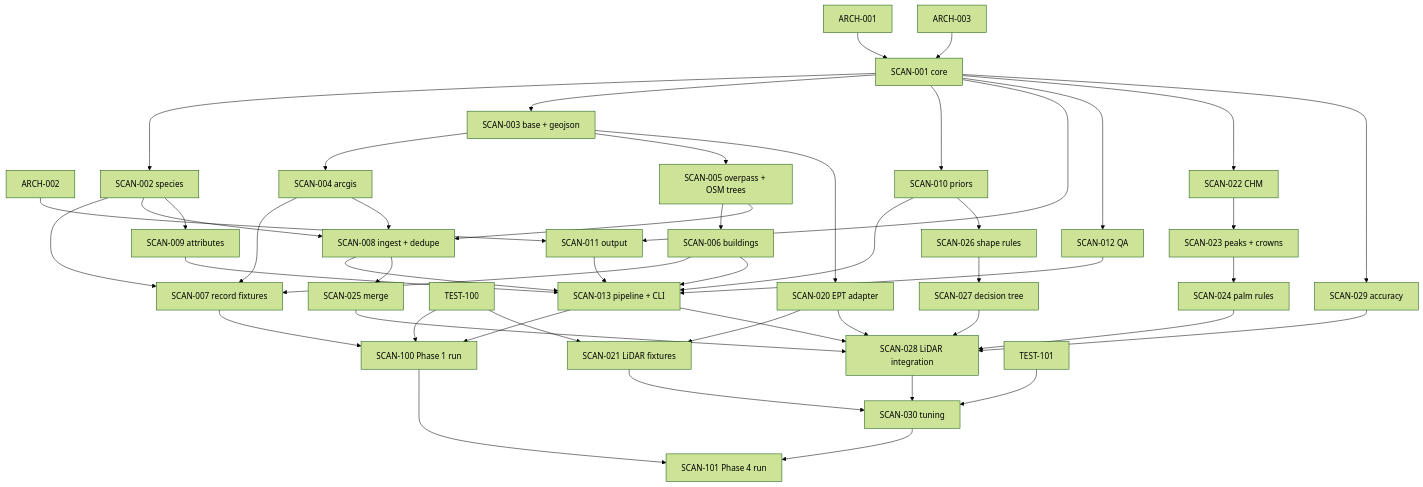
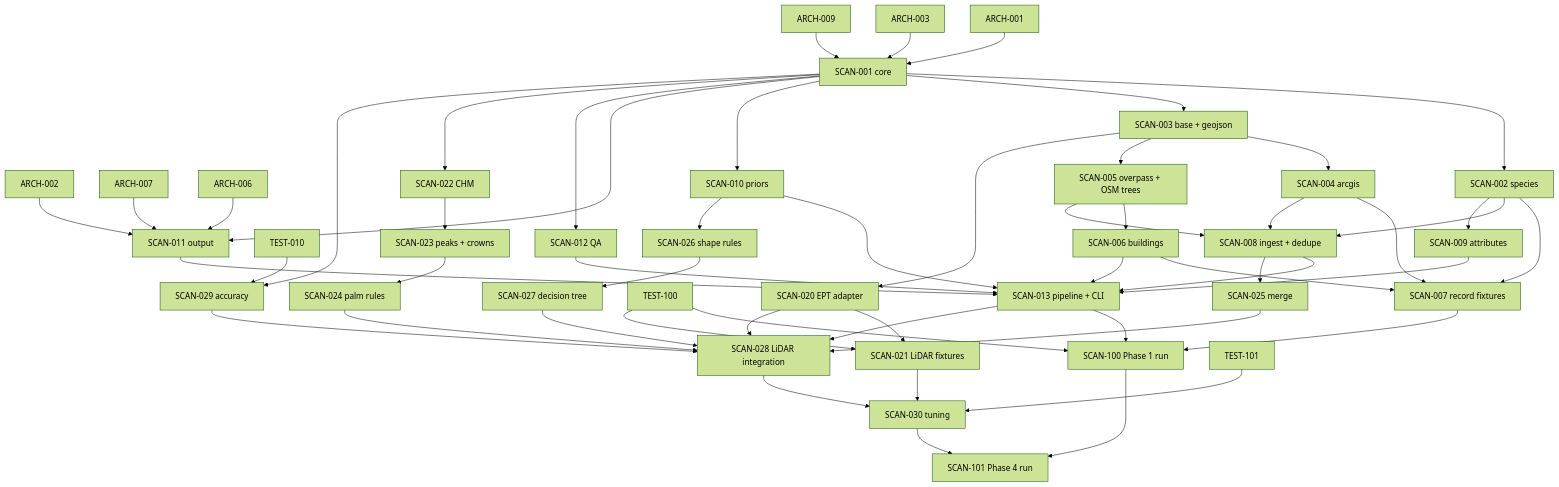
One commit to delta97/sim-palms changed the diagram in plans/detailed/02-detection-pipeline.md. Above: the diagram before and after it, drawn with Mermaid (forest theme). The commit also changed other lines of this file and 66 other files, not shown here.

````diff
--- a/plans/detailed/02-detection-pipeline.md
+++ b/plans/detailed/02-detection-pipeline.md
@@ -1043,51 +1047,55 @@
 ```mermaid
 flowchart TD
   ARCH001[ARCH-001] --> S001[SCAN-001 core]
   ARCH003[ARCH-003] --> S001
+  ARCH009[ARCH-009] --> S001
   ARCH002[ARCH-002] --> S011
+  ARCH007[ARCH-007] --> S011
+  ARCH006[ARCH-006] --> S011
+  TEST010[TEST-010] --> S029
   S001 --> S002[SCAN-002 species]
   S001 --> S003[SCAN-003 base + geojson]
   S001 --> S010[SCAN-010 priors]
   S001 --> S011[SCAN-011 output]
   S001 --> S012[SCAN-012 QA]
   S003 --> S004[SCAN-004 arcgis]
   S003 --> S005[SCAN-005 overpass + OSM trees]
   S005 --> S006[SCAN-006 buildings]
   S002 --> S007[SCAN-007 record fixtures]
   S004 --> S007
   S006 --> S007
   S002 --> S008[SCAN-008 ingest + dedupe]
   S004 --> S008
   S005 --> S008
   S002 --> S009[SCAN-009 attributes]
   S006 --> S013[SCAN-013 pipeline + CLI]
   S008 --> S013
   S009 --> S013
   S010 --> S013
   S011 --> S013
   S012 --> S013
   S007 --> S100[SCAN-100 Phase 1 run]
   S013 --> S100
   TEST100[TEST-100] --> S100
   S003 --> S020[SCAN-020 EPT adapter]
   S020 --> S021[SCAN-021 LiDAR fixtures]
   TEST100 --> S021
   S001 --> S022[SCAN-022 CHM]
   S022 --> S023[SCAN-023 peaks + crowns]
   S023 --> S024[SCAN-024 palm rules]
   S008 --> S025[SCAN-025 merge]
   S010 --> S026[SCAN-026 shape rules]
   S026 --> S027[SCAN-027 decision tree]
   S001 --> S029[SCAN-029 accuracy]
   S013 --> S028[SCAN-028 LiDAR integration]
   S020 --> S028
   S024 --> S028
   S025 --> S028
   S027 --> S028
   S029 --> S028
   S021 --> S030[SCAN-030 tuning]
   S028 --> S030
   TEST101[TEST-101] --> S030
   S030 --> S101[SCAN-101 Phase 4 run]
   S100 --> S101
 ```
````
